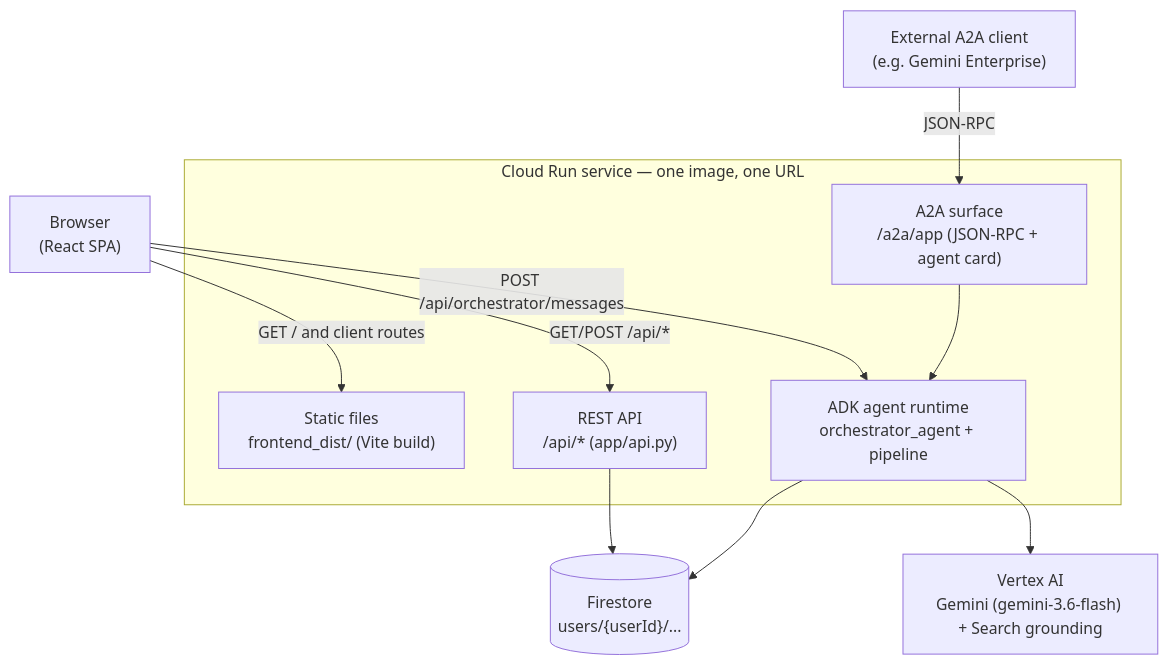
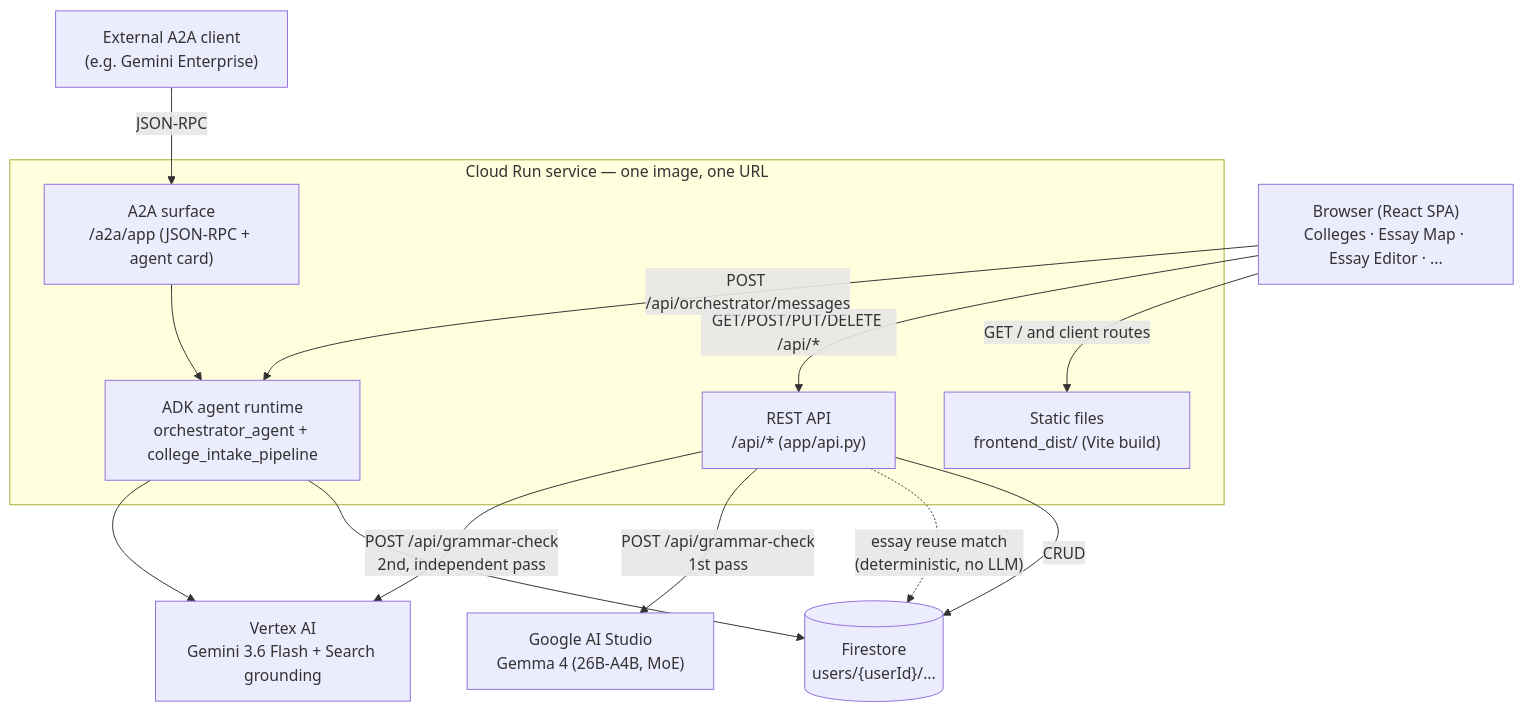
One commit to vlww/Collegentic changed the first of 4 diagrams in docs/architecture-diagram.md. Above: the diagram before and after it, drawn with Mermaid. The commit also changed other lines of this file and 1 other file, not shown here.

First line of the commit message:
Update architecture docs for the current pipeline shape and Gemma

````diff
--- a/docs/architecture-diagram.md
+++ b/docs/architecture-diagram.md
@@ -12,25 +22,29 @@
 ```mermaid
 flowchart TB
-    Browser["Browser<br/>(React SPA)"]
+    Browser["Browser (React SPA)<br/>Colleges · Essay Map · Essay Editor · ..."]
     A2AClient["External A2A client<br/>(e.g. Gemini Enterprise)"]
 
     subgraph CloudRun["Cloud Run service — one image, one URL"]
         Static["Static files<br/>frontend_dist/ (Vite build)"]
         REST["REST API<br/>/api/* (app/api.py)"]
-        AgentRuntime["ADK agent runtime<br/>orchestrator_agent + pipeline"]
+        AgentRuntime["ADK agent runtime<br/>orchestrator_agent + college_intake_pipeline"]
         A2ASurface["A2A surface<br/>/a2a/app (JSON-RPC + agent card)"]
     end
 
     Firestore[("Firestore<br/>users/{userId}/...")]
-    Vertex["Vertex AI<br/>Gemini (gemini-3.6-flash) + Search grounding"]
+    VertexAI["Vertex AI<br/>Gemini 3.6 Flash + Search grounding"]
+    AIStudio["Google AI Studio<br/>Gemma 4 (26B-A4B, MoE)"]
 
     Browser -- "GET / and client routes" --> Static
-    Browser -- "GET/POST /api/*" --> REST
+    Browser -- "GET/POST/PUT/DELETE /api/*" --> REST
     Browser -- "POST /api/orchestrator/messages" --> AgentRuntime
     A2AClient -- "JSON-RPC" --> A2ASurface
     A2ASurface --> AgentRuntime
 
-    REST --> Firestore
+    REST -- "CRUD" --> Firestore
+    REST -. "essay reuse match<br/>(deterministic, no LLM)" .-> Firestore
+    REST -- "POST /api/grammar-check<br/>1st pass" --> AIStudio
+    REST -- "POST /api/grammar-check<br/>2nd, independent pass" --> VertexAI
     AgentRuntime --> Firestore
-    AgentRuntime --> Vertex
+    AgentRuntime --> VertexAI
 ```
````
